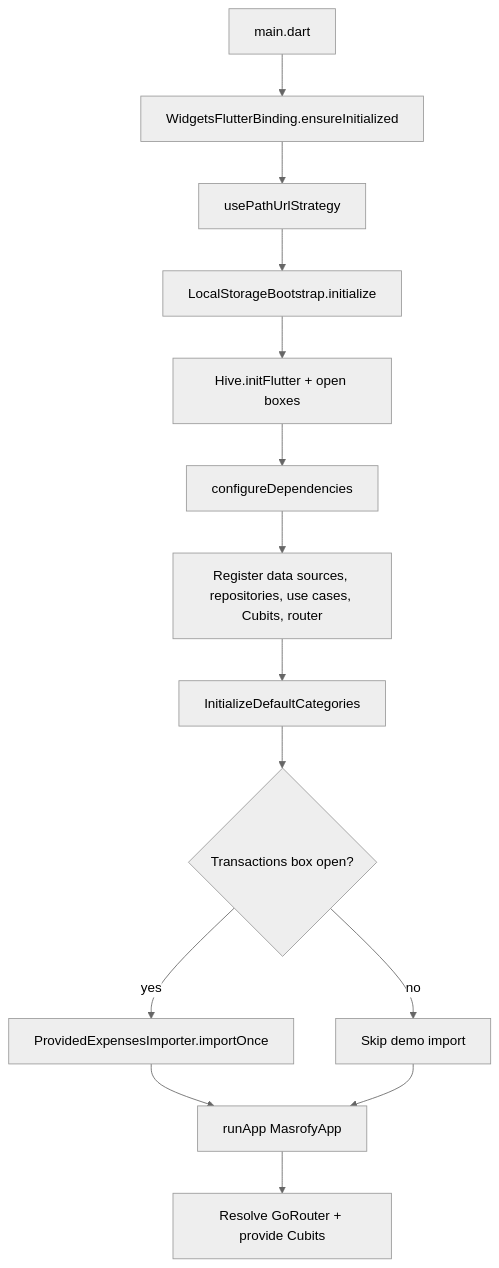
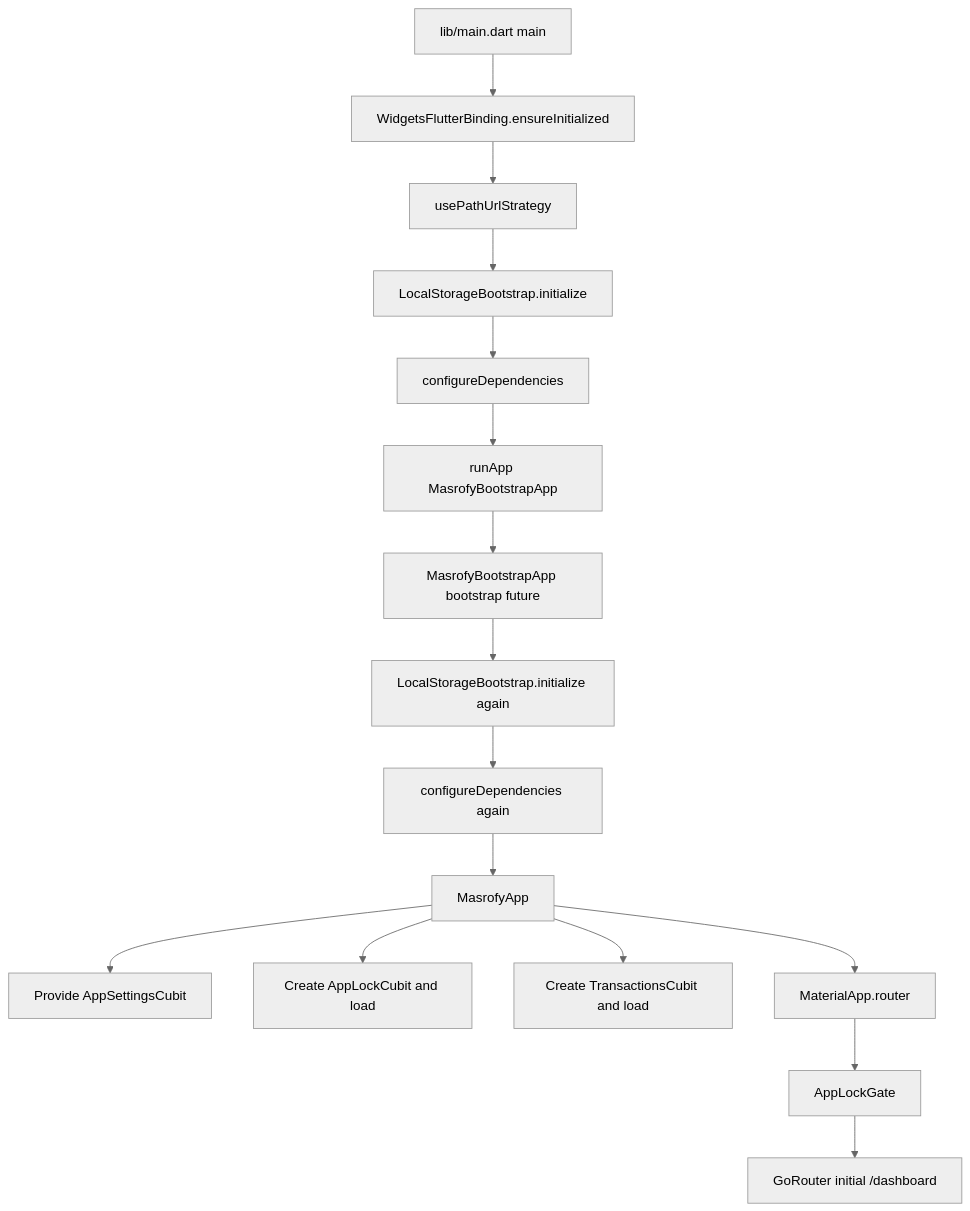
Before and after one commit to Khaled-shahien/Masrofy_App: the first of 5 diagrams in FLUTTER_PROJECT_ANALYSIS.md, drawn with Mermaid (neutral theme). The commit also changed other lines of this file and 172 other files, not shown here.

````diff
--- a/FLUTTER_PROJECT_ANALYSIS.md
+++ b/FLUTTER_PROJECT_ANALYSIS.md
@@ -150,16 +303,18 @@
 ```mermaid
 flowchart TD
-    A[main.dart] --> B[WidgetsFlutterBinding.ensureInitialized]
+    A[lib/main.dart main] --> B[WidgetsFlutterBinding.ensureInitialized]
     B --> C[usePathUrlStrategy]
     C --> D[LocalStorageBootstrap.initialize]
-    D --> E[Hive.initFlutter + open boxes]
-    E --> F[configureDependencies]
-    F --> G[Register data sources, repositories, use cases, Cubits, router]
-    G --> H[InitializeDefaultCategories]
-    H --> I{Transactions box open?}
-    I -- yes --> J[ProvidedExpensesImporter.importOnce]
-    I -- no --> K[Skip demo import]
-    J --> L[runApp MasrofyApp]
-    K --> L
-    L --> M[Resolve GoRouter + provide Cubits]
+    D --> E[configureDependencies]
+    E --> F[runApp MasrofyBootstrapApp]
+    F --> G[MasrofyBootstrapApp bootstrap future]
+    G --> H[LocalStorageBootstrap.initialize again]
+    H --> I[configureDependencies again]
+    I --> J[MasrofyApp]
+    J --> K[Provide AppSettingsCubit]
+    J --> L[Create AppLockCubit and load]
+    J --> M[Create TransactionsCubit and load]
+    J --> N[MaterialApp.router]
+    N --> O[AppLockGate]
+    O --> P[GoRouter initial /dashboard]
 ```
````
